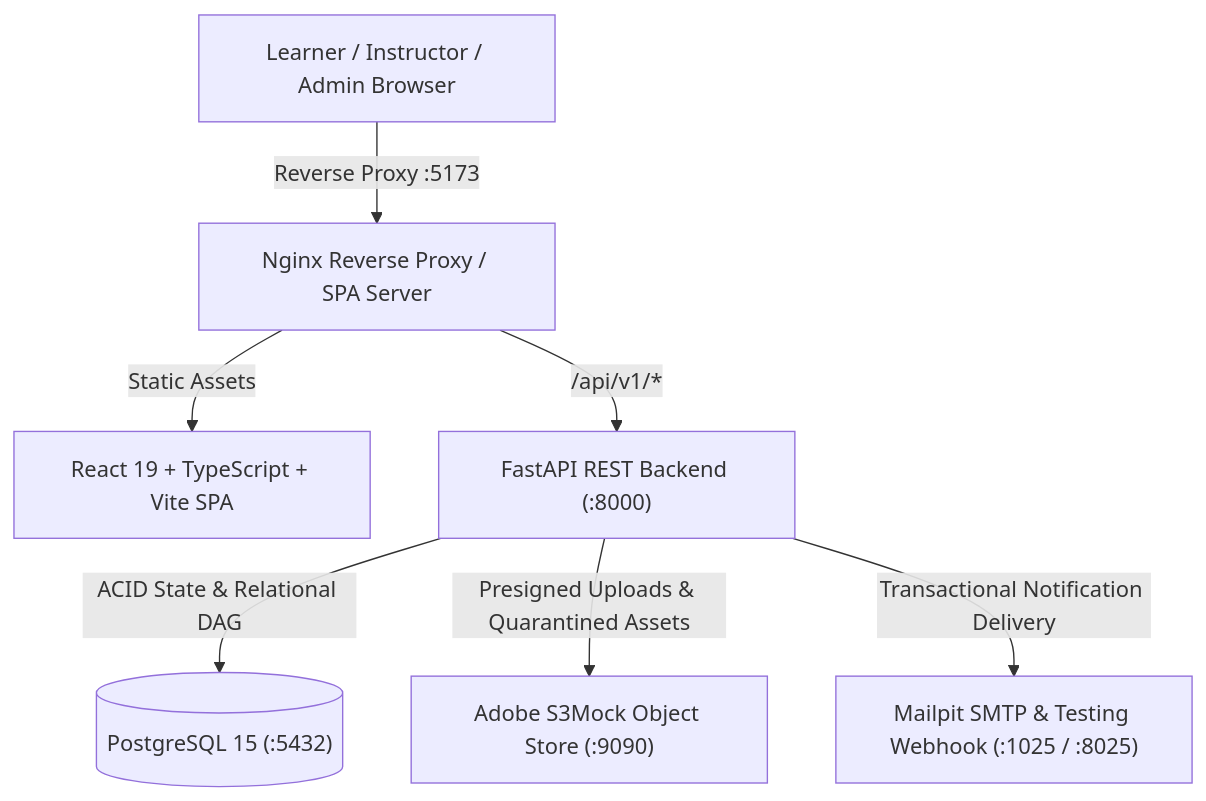
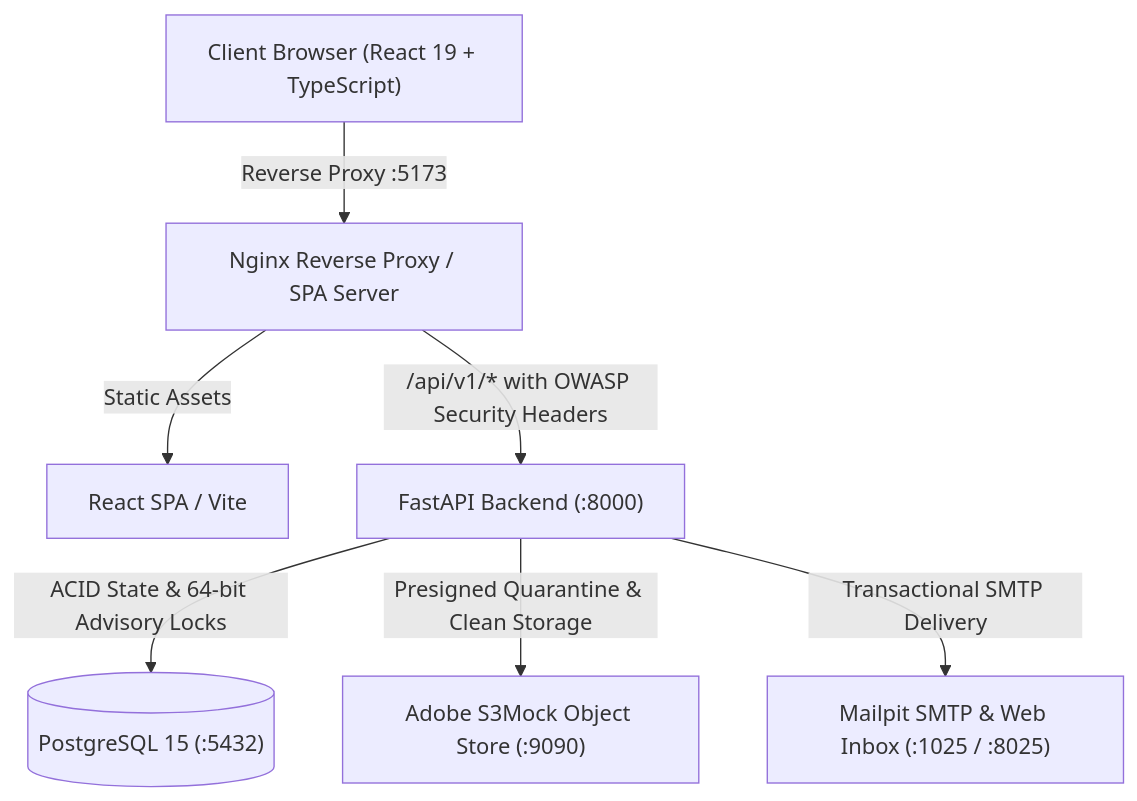
One commit to Austin-Joshua/Learn-Flow changed the diagram in README.md. Above: the diagram before and after it, drawn with Mermaid. The commit also changed other lines of this file and 25 other files, not shown here.

````diff
--- a/README.md
+++ b/README.md
@@ -16,9 +17,9 @@
 ```mermaid
 graph TD
-    User["Learner / Instructor / Admin Browser"] -->|Reverse Proxy :5173| Nginx["Nginx Reverse Proxy / SPA Server"]
-    Nginx -->|Static Assets| Frontend["React 19 + TypeScript + Vite SPA"]
-    Nginx -->|/api/v1/*| Backend["FastAPI REST Backend (:8000)"]
-    Backend -->|ACID State & Relational DAG| Postgres[("PostgreSQL 15 (:5432)")]
-    Backend -->|Presigned Uploads & Quarantined Assets| S3Mock["Adobe S3Mock Object Store (:9090)"]
-    Backend -->|Transactional Notification Delivery| Mailpit["Mailpit SMTP & Testing Webhook (:1025 / :8025)"]
+    Client["Client Browser (React 19 + TypeScript)"] -->|Reverse Proxy :5173| Nginx["Nginx Reverse Proxy / SPA Server"]
+    Nginx -->|Static Assets| Frontend["React SPA / Vite"]
+    Nginx -->|/api/v1/* with OWASP Security Headers| Backend["FastAPI Backend (:8000)"]
+    Backend -->|ACID State & 64-bit Advisory Locks| Postgres[("PostgreSQL 15 (:5432)")]
+    Backend -->|Presigned Quarantine & Clean Storage| S3Mock["Adobe S3Mock Object Store (:9090)"]
+    Backend -->|Transactional SMTP Delivery| Mailpit["Mailpit SMTP & Web Inbox (:1025 / :8025)"]
 ```
````
